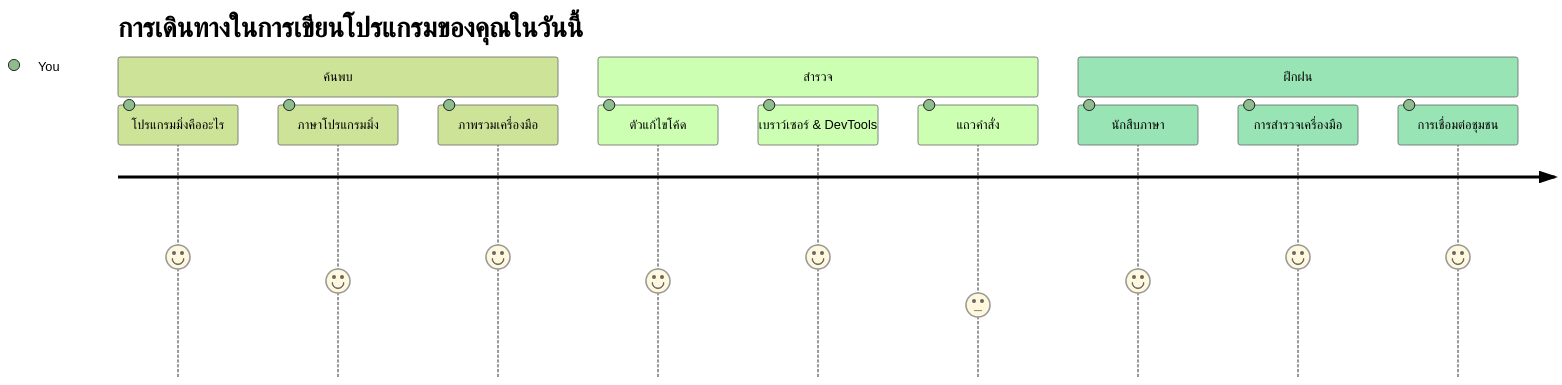
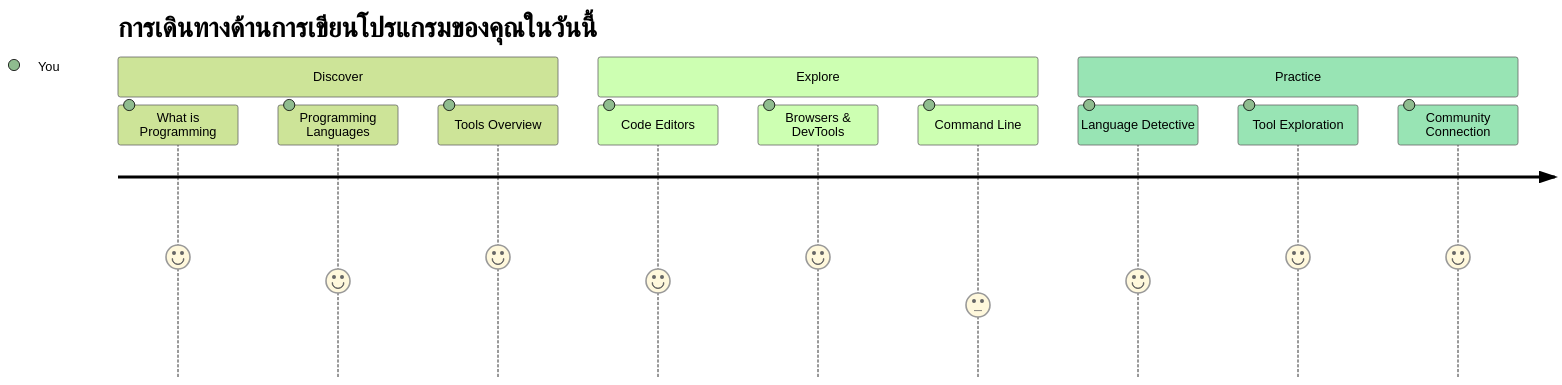
One commit to microsoft/Web-Dev-For-Beginners changed the first of 7 diagrams in translations/th/1-getting-started-lessons/1-intro-to-programming-languages/README.md. Above: the diagram before and after it, drawn with Mermaid (forest theme). The commit also changed other lines of this file and 8 other files, not shown here.

````diff
--- a/translations/th/1-getting-started-lessons/1-intro-to-programming-languages/README.md
+++ b/translations/th/1-getting-started-lessons/1-intro-to-programming-languages/README.md
@@ -14,16 +14,16 @@
 ```mermaid
 journey
-    title การเดินทางในการเขียนโปรแกรมของคุณในวันนี้
-    section ค้นพบ
-      โปรแกรมมิ่งคืออะไร: 5: You
-      ภาษาโปรแกรมมิ่ง: 4: You
-      ภาพรวมเครื่องมือ: 5: You
-    section สำรวจ
-      ตัวแก้ไขโค้ด: 4: You
-      เบราว์เซอร์ & DevTools: 5: You
-      แถวคำสั่ง: 3: You
-    section ฝึกฝน
-      นักสืบภาษา: 4: You
-      การสำรวจเครื่องมือ: 5: You
-      การเชื่อมต่อชุมชน: 5: You
+    title การเดินทางด้านการเขียนโปรแกรมของคุณในวันนี้
+    section Discover
+      What is Programming: 5: You
+      Programming Languages: 4: You
+      Tools Overview: 5: You
+    section Explore
+      Code Editors: 4: You
+      Browsers & DevTools: 5: You
+      Command Line: 3: You
+    section Practice
+      Language Detective: 4: You
+      Tool Exploration: 5: You
+      Community Connection: 5: You
 ```
````
